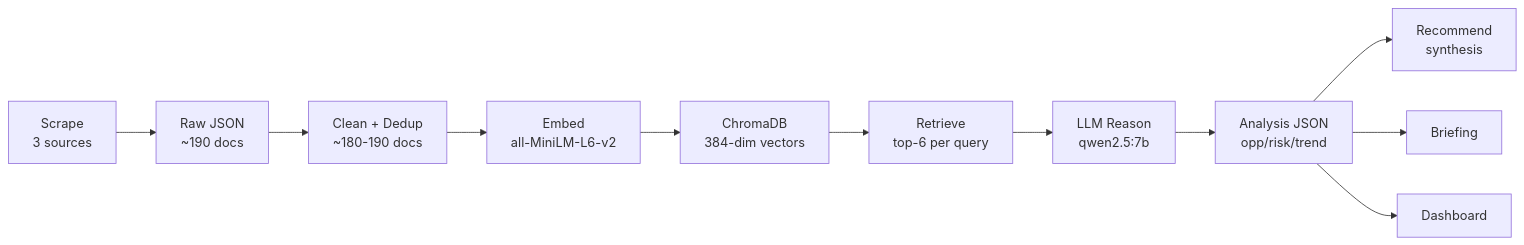
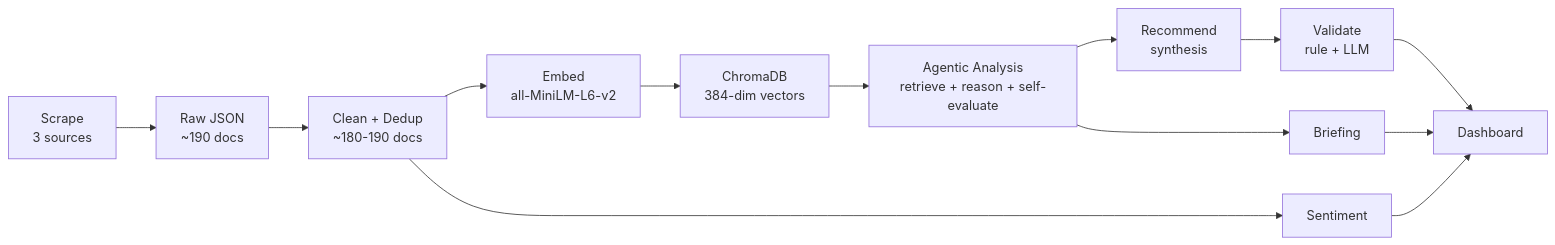
Before and after one commit to Prajwal-BasavarajS/Strategic-Intelligence-Agent-NLP: the third of 3 diagrams in README.md, drawn with Mermaid. The commit also changed other lines of this file, not shown here.

````diff
--- a/README.md
+++ b/README.md
@@ -61,13 +127,15 @@
 ```mermaid
 flowchart LR
     A[Scrape<br/>3 sources] --> B[Raw JSON<br/>~190 docs]
     B --> C[Clean + Dedup<br/>~180-190 docs]
     C --> D[Embed<br/>all-MiniLM-L6-v2]
     D --> E[ChromaDB<br/>384-dim vectors]
-    E --> F[Retrieve<br/>top-6 per query]
-    F --> G[LLM Reason<br/>qwen2.5:7b]
-    G --> H[Analysis JSON<br/>opp/risk/trend]
-    H --> I[Recommend<br/>synthesis]
-    H --> J[Briefing]
+    E --> F[Agentic Analysis<br/>retrieve + reason + self-evaluate]
+    F --> G[Recommend<br/>synthesis]
+    G --> H[Validate<br/>rule + LLM]
+    F --> I[Briefing]
+    C --> J[Sentiment]
     H --> K[Dashboard]
+    I --> K
+    J --> K
 ```
````
